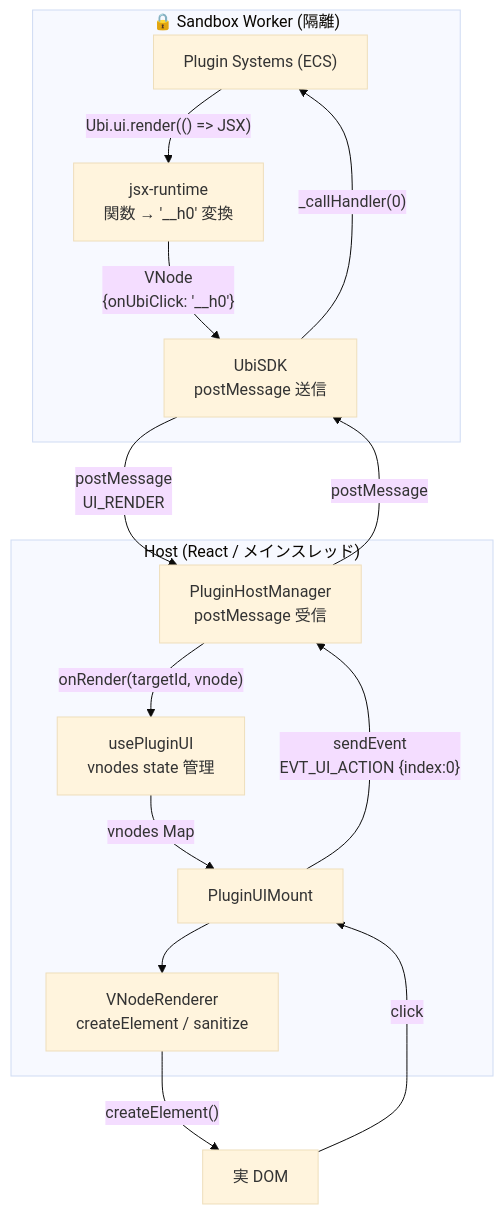
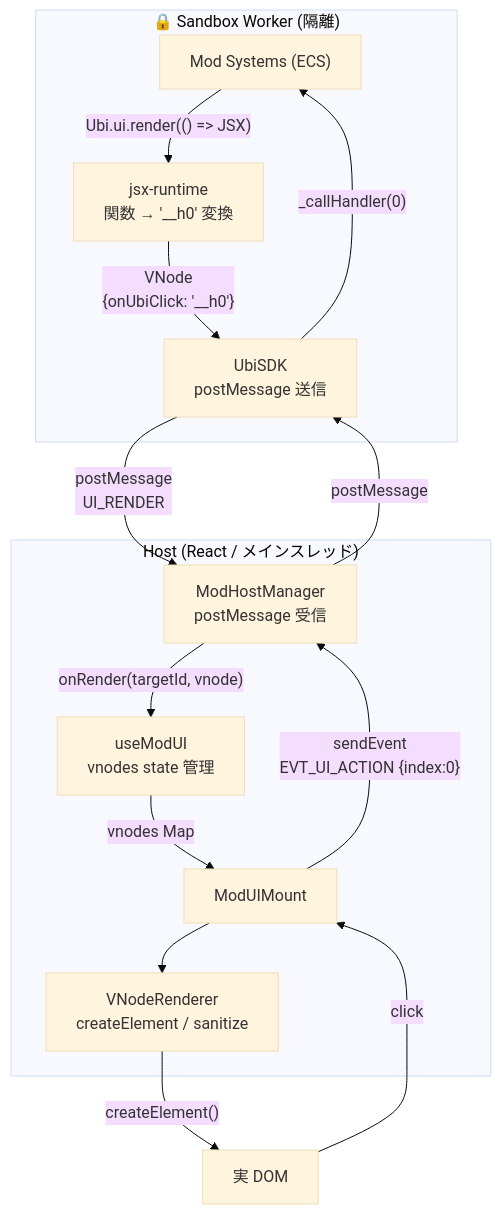
The first of 3 diagrams in docs/ARCHITECTURE.md (ubichill/ubichill), drawn with Mermaid (base theme) before and after one commit. The commit also changed other lines of this file and 226 other files, not shown here.

First line of the commit message:
refactor: plugin→mod リネーム + ui-renderer 抽出 + 権限バージョニング/docs 整備（#116 を統合） (#117)

````diff
--- a/docs/ARCHITECTURE.md
+++ b/docs/ARCHITECTURE.md
@@ -181,28 +181,28 @@
 ```mermaid
 flowchart TB
     subgraph Worker["🔒 Sandbox Worker (隔離)"]
-        SYS["Plugin Systems (ECS)"]
+        SYS["Mod Systems (ECS)"]
         JSX["jsx-runtime\n関数 → '__h0' 変換"]
         SDK["UbiSDK\npostMessage 送信"]
     end
 
     subgraph Host["Host (React / メインスレッド)"]
-        PHM["PluginHostManager\npostMessage 受信"]
-        UPU["usePluginUI\nvnodes state 管理"]
-        PUM["PluginUIMount"]
+        PHM["ModHostManager\npostMessage 受信"]
+        UPU["useModUI\nvnodes state 管理"]
+        PUM["ModUIMount"]
         VNR["VNodeRenderer\ncreateElement / sanitize"]
     end
 
     SYS -->|"Ubi.ui.render(() => JSX)"| JSX
     JSX -->|"VNode\n{onUbiClick: '__h0'}"| SDK
     SDK -->|"postMessage\nUI_RENDER"| PHM
     PHM -->|"onRender(targetId, vnode)"| UPU
     UPU -->|"vnodes Map"| PUM
     PUM --> VNR
     VNR -->|"createElement()"| DOM["実 DOM"]
 
     DOM -->|"click"| PUM
     PUM -->|"sendEvent\nEVT_UI_ACTION {index:0}"| PHM
     PHM -->|"postMessage"| SDK
     SDK -->|"_callHandler(0)"| SYS
 ```
````
